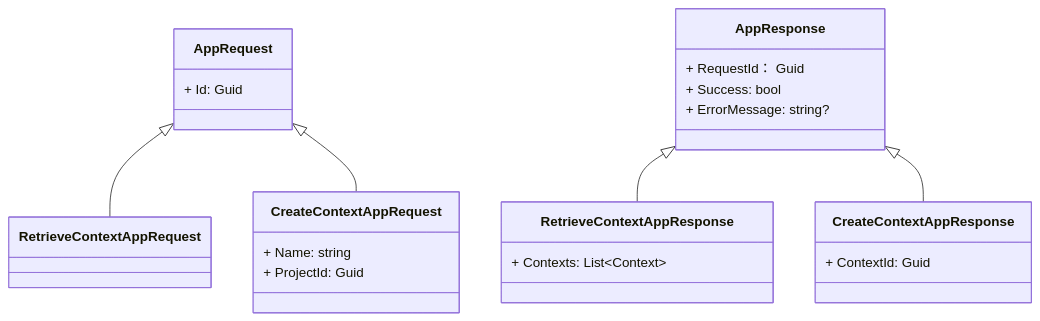
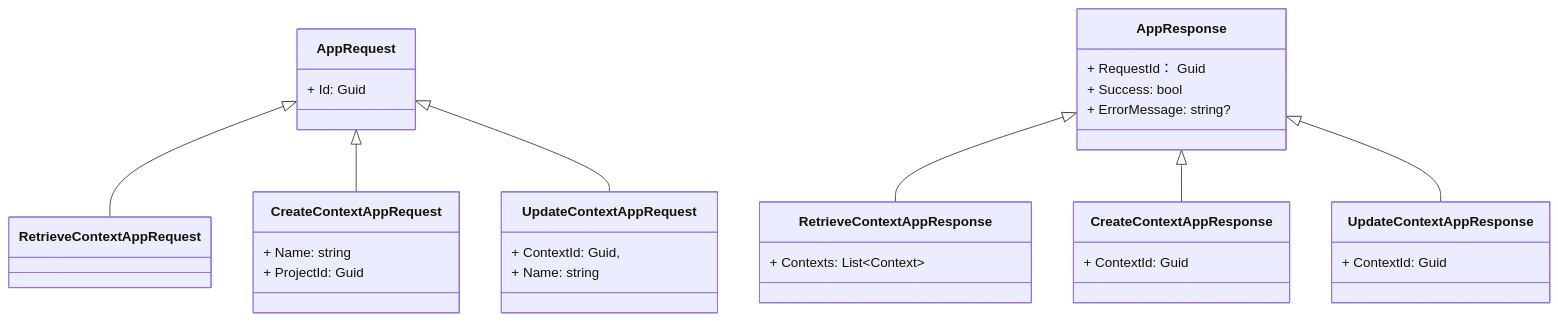
One commit to sdlfly2000/DomainBasedDesigner changed the fourth of 4 diagrams in UML/Application/ContextAppService.md. Above: the diagram before and after it, drawn with Mermaid. The commit also changed other lines of this file and 7 other files, not shown here.

Commit message:
Refactor ContextAppService

````diff
--- a/UML/Application/ContextAppService.md
+++ b/UML/Application/ContextAppService.md
@@ -37,37 +36,49 @@
 ```mermaid
 classDiagram
     class AppRequest {
         + Id: Guid
     }
 
     class AppResponse {
         + RequestId： Guid
         + Success: bool
         + ErrorMessage: string?
     }
     
     class CreateContextAppRequest {
         + Name: string
         + ProjectId: Guid
     }
 
     class CreateContextAppResponse {
         + ContextId: Guid
     }
 
     class RetrieveContextAppRequest {
 
     }
 
     class RetrieveContextAppResponse {
         + Contexts: List~Context~
     }
 
+    class UpdateContextAppRequest {
+        + ContextId: Guid,
+        + Name: string
+    }
+
+    class UpdateContextAppResponse {
+        + ContextId: Guid
+    }
+
     %% Relationship
     AppRequest <|-- RetrieveContextAppRequest
     AppResponse <|-- RetrieveContextAppResponse
 
     AppRequest <|-- CreateContextAppRequest
     AppResponse <|-- CreateContextAppResponse
 
+    AppRequest <|-- UpdateContextAppRequest
+    AppResponse <|-- UpdateContextAppResponse
+
 ```
````
